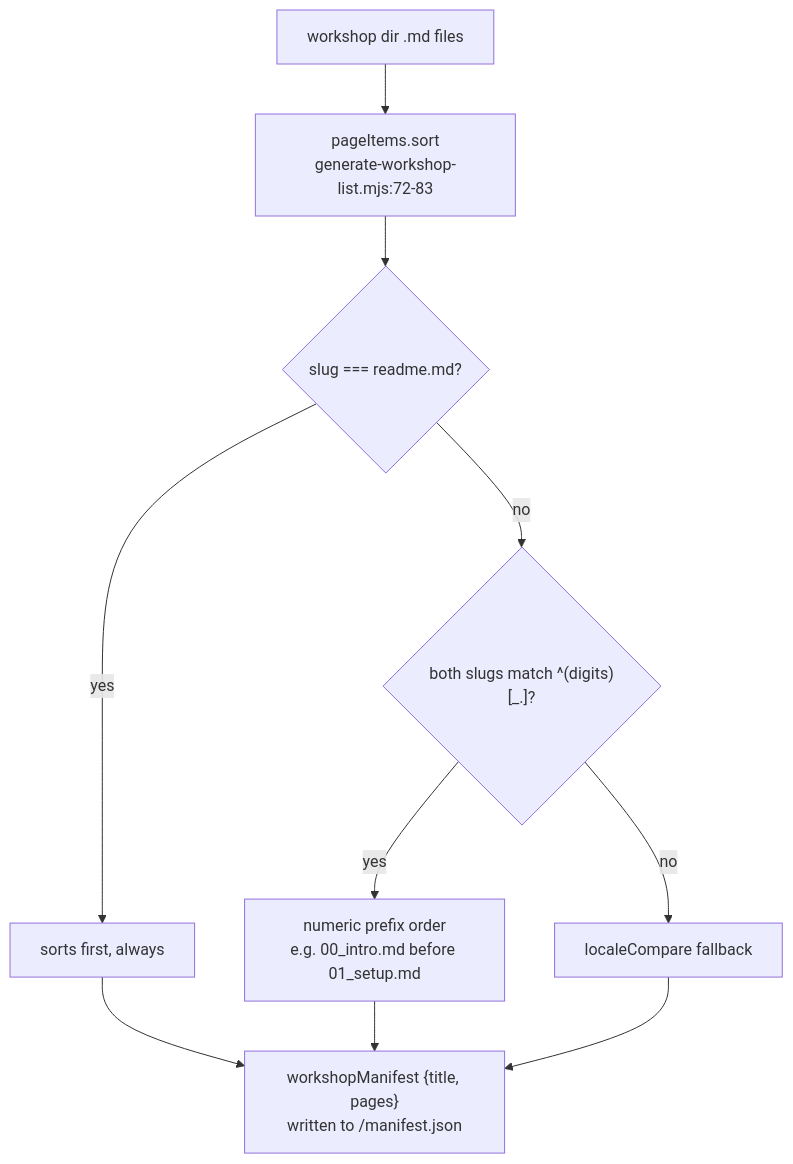
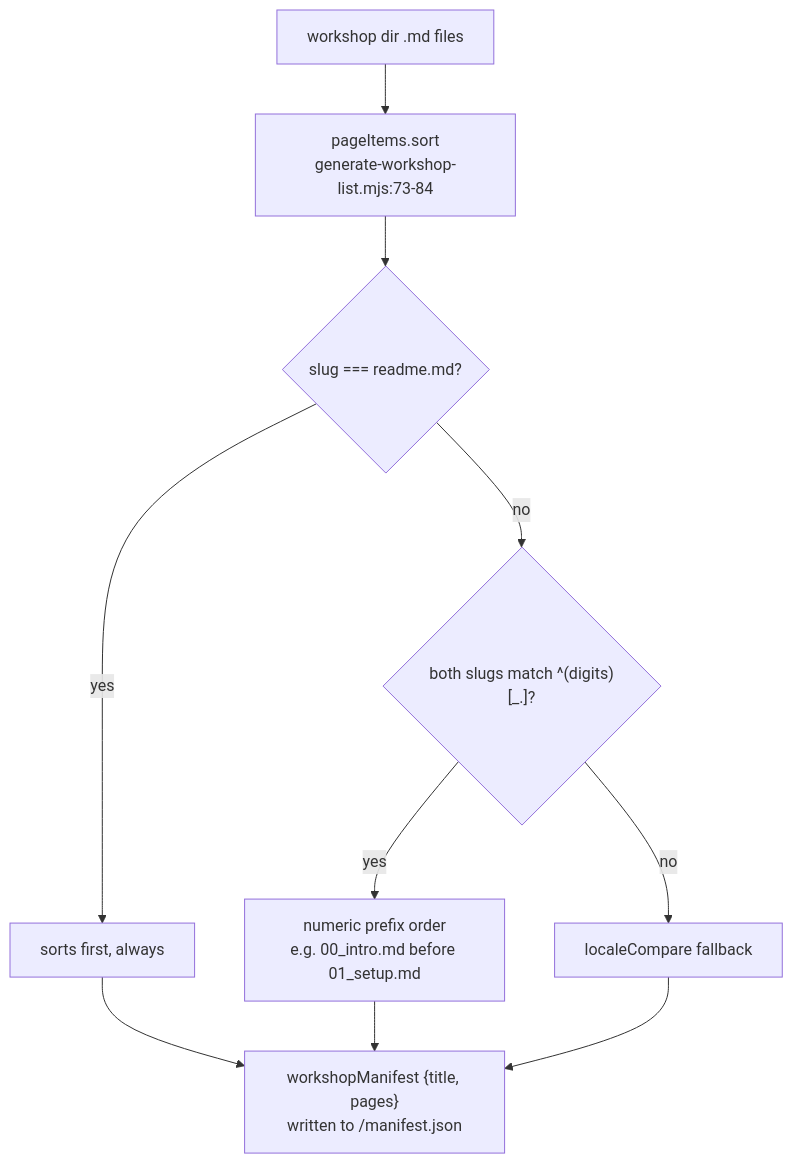
Before and after one commit to DreamLab-AI/VisionFlow: the second of 7 diagrams in docs/diagrams/dreamlab-ai-website/06-content-pipeline-and-invariants-register.md, drawn with Mermaid. The commit also changed other lines of this file and 80 other files, not shown here.

First line of the commit message:
docs(diagrams): re-verify the agentbox, dreamlab, estate and visionflow corpus against current sources

````diff
--- a/docs/diagrams/dreamlab-ai-website/06-content-pipeline-and-invariants-register.md
+++ b/docs/diagrams/dreamlab-ai-website/06-content-pipeline-and-invariants-register.md
@@ -52,12 +53,12 @@
 ```mermaid
 flowchart TB
-    FILES["workshop dir .md files"] --> SORT["pageItems.sort<br/>generate-workshop-list.mjs:72-83"]
+    FILES["workshop dir .md files"] --> SORT["pageItems.sort<br/>generate-workshop-list.mjs:73-84"]
     SORT --> R1{"slug === readme.md?"}
     R1 -->|yes| FIRST["sorts first, always"]
     R1 -->|no| R2{"both slugs match ^(digits)[_.]?"}
     R2 -->|yes| NUMERIC["numeric prefix order<br/>e.g. 00_intro.md before 01_setup.md"]
     R2 -->|no| ALPHA["localeCompare fallback"]
     FIRST --> MANIFEST["workshopManifest {title, pages}<br/>written to <workshop>/manifest.json"]
     NUMERIC --> MANIFEST
     ALPHA --> MANIFEST
 ```
````
